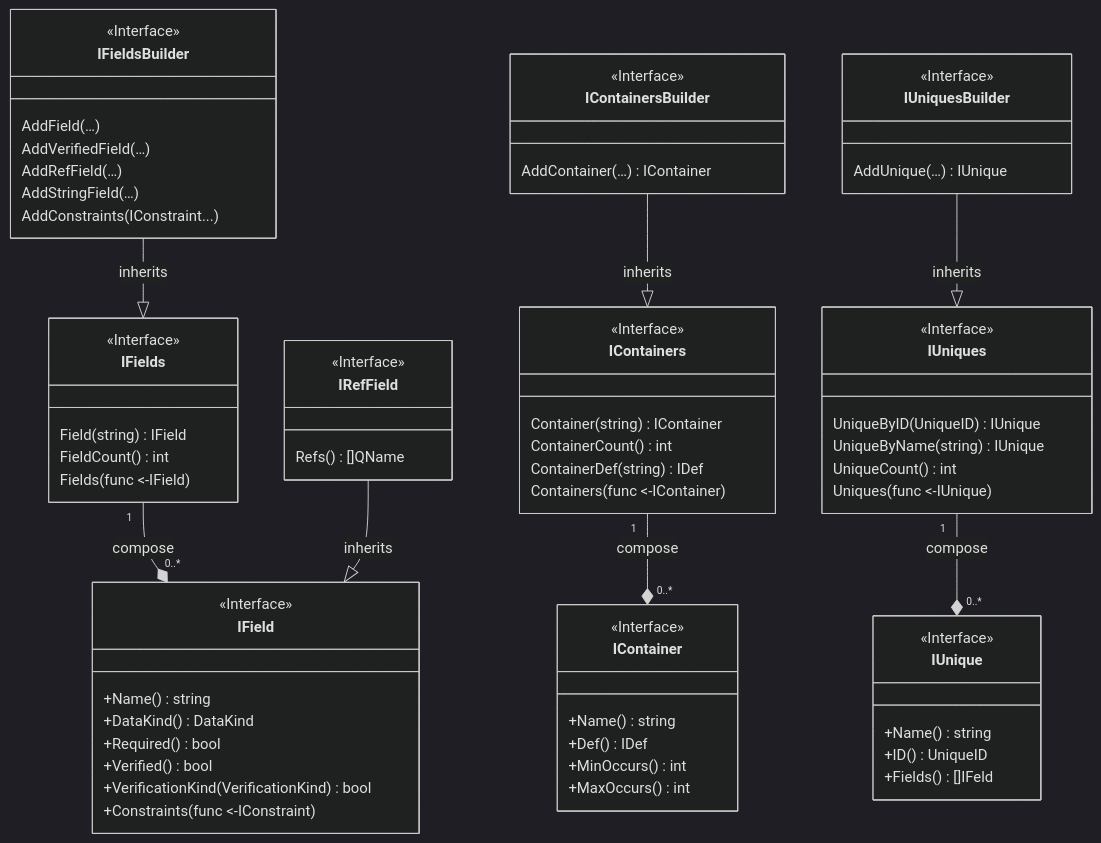
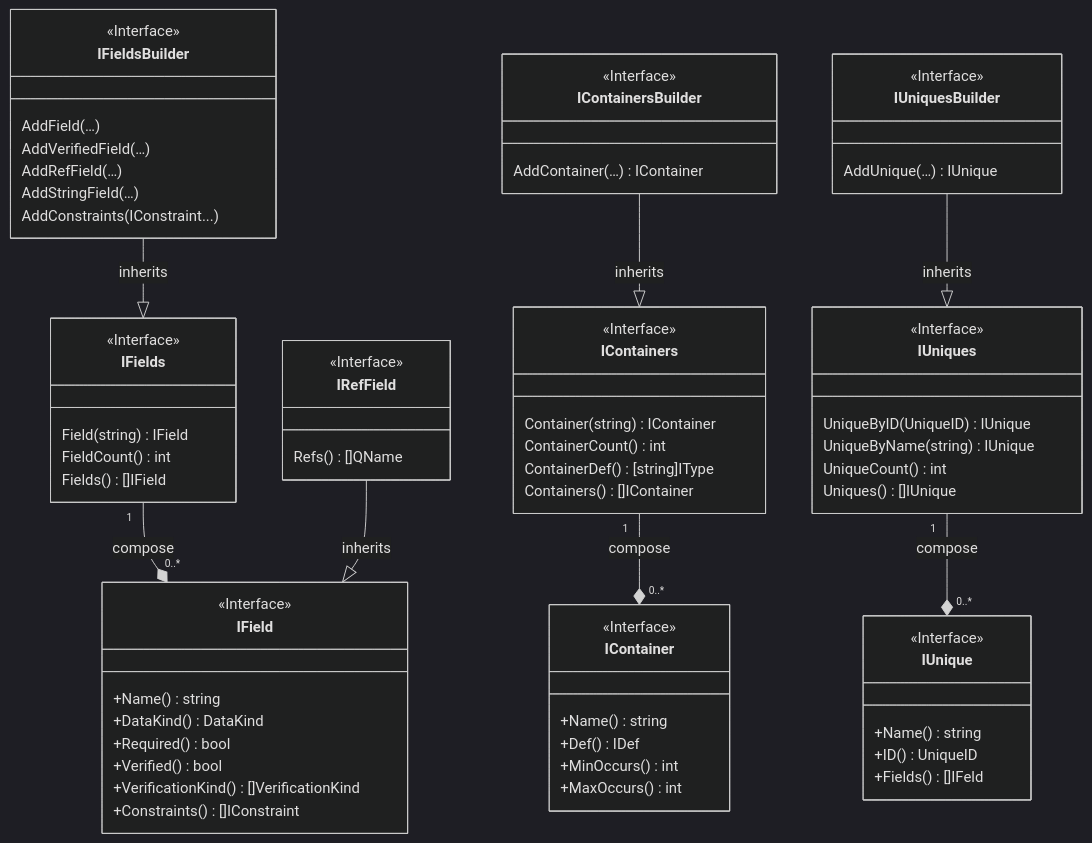
The fifth of 7 diagrams in pkg/appdef/README.md (voedger/voedger), drawn with Mermaid (dark theme) before and after one commit. The commit also changed other lines of this file, not shown here.

````diff
--- a/pkg/appdef/README.md
+++ b/pkg/appdef/README.md
@@ -564,82 +408,82 @@
 ```mermaid
 classDiagram
 
   class IField {
     <<Interface>>
     +Name() string
     +DataKind() DataKind
     +Required() bool
     +Verified() bool
-    +VerificationKind(VerificationKind) bool
-    +Constraints(func <-IConstraint)
+    +VerificationKind() []VerificationKind
+    +Constraints() []IConstraint
   }
 
   class IFields{
     <<Interface>>
     Field(string) IField
     FieldCount() int
-    Fields(func <-IField)
+    Fields() []IField
   }
   IFields "1" --* "0..*" IField : compose
 
   IFieldsBuilder --|> IFields : inherits
   class IFieldsBuilder {
     <<Interface>>
     AddField(…)
     AddVerifiedField(…)
     AddRefField(…)
     AddStringField(…)
     AddConstraints(IConstraint...)
   }
 
   IRefField --|> IField : inherits
   class IRefField {
     <<Interface>>
     Refs() []QName
   }
 
   class IContainer {
     <<Interface>>
     +Name() string
     +Def() IDef
     +MinOccurs() int
     +MaxOccurs() int
   }
 
   class IContainers{
     <<Interface>>
     Container(string) IContainer
     ContainerCount() int
-    ContainerDef(string) IDef
-    Containers(func <-IContainer)
+    ContainerDef() [string]IType
+    Containers() []IContainer
   }
   IContainers "1" --* "0..*" IContainer : compose
 
   IContainersBuilder --|> IContainers : inherits
   class IContainersBuilder {
     <<Interface>>
     AddContainer(…) IContainer
   }
 
   class IUnique {
     <<Interface>>
     +Name() string
     +ID() UniqueID
     +Fields() []IFeld
   }
 
   class IUniques{
     <<Interface>>
     UniqueByID(UniqueID) IUnique
     UniqueByName(string) IUnique
     UniqueCount() int
-    Uniques(func <-IUnique)
+    Uniques() []IUnique
   }
   IUniques "1" --* "0..*" IUnique : compose
 
   IUniquesBuilder --|> IUniques : inherits
   class IUniquesBuilder {
     <<Interface>>
     AddUnique(…) IUnique
   }
 ```
````
